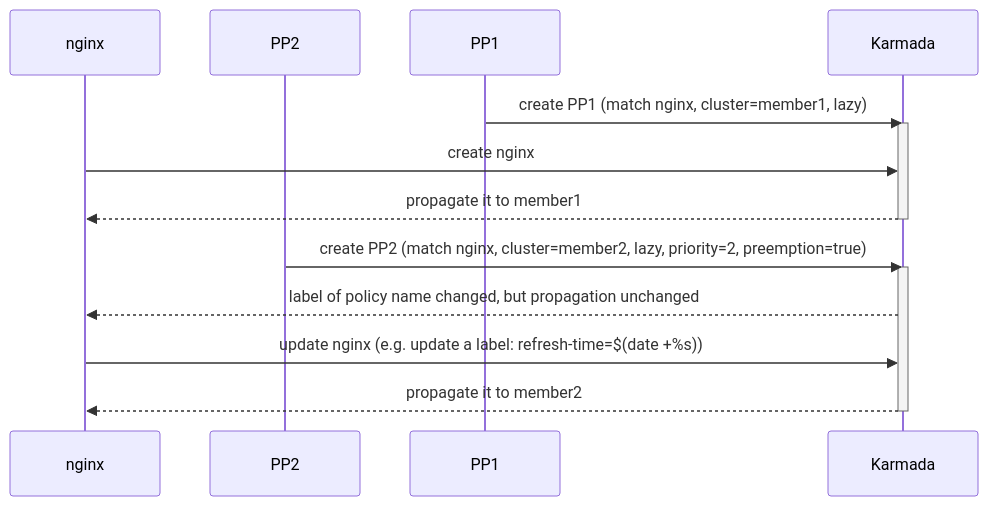
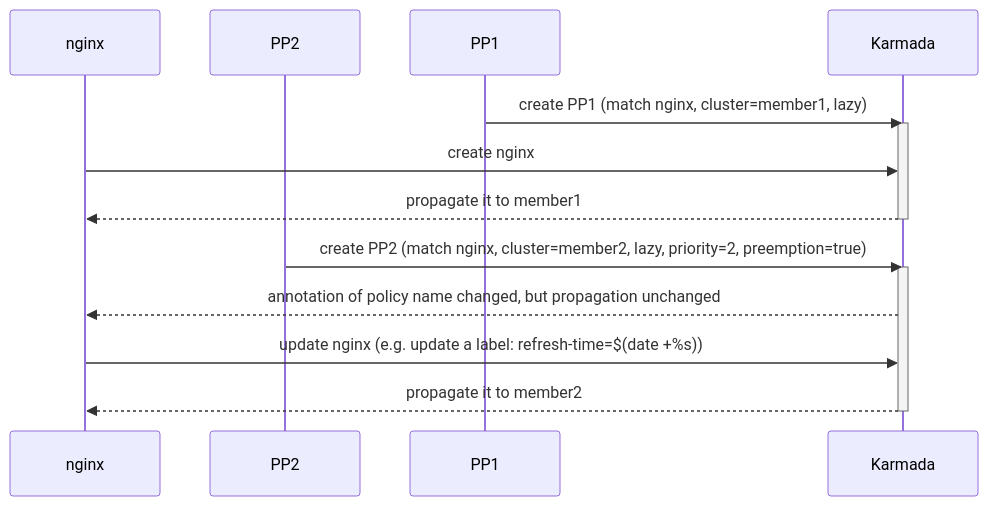
The eighth of 10 diagrams in docs/proposals/scheduling/activation-preference/lazy-activation-preference.md (karmada-io/karmada), drawn with Mermaid before and after one commit. The commit also changed other lines of this file and 1 other file, not shown here.

Commit message:
update lazy-activation-preference.md and lazy_activation_policy_test.go

````diff
--- a/docs/proposals/scheduling/activation-preference/lazy-activation-preference.md
+++ b/docs/proposals/scheduling/activation-preference/lazy-activation-preference.md
@@ -379,20 +379,20 @@
 ```mermaid
 sequenceDiagram
   participant nginx
   participant PP2
   participant PP1
   participant Karmada
 
   PP1 ->> Karmada: create PP1 (match nginx, cluster=member1, lazy)
   activate Karmada
   nginx ->> Karmada: create nginx
   Karmada -->> nginx: propagate it to member1
   deactivate Karmada
    
   PP2 ->> Karmada: create PP2 (match nginx, cluster=member2, lazy, priority=2, preemption=true)
   activate Karmada
-  Karmada -->> nginx: label of policy name changed, but propagation unchanged
+  Karmada -->> nginx: annotation of policy name changed, but propagation unchanged
   nginx ->> Karmada: update nginx (e.g. update a label: refresh-time=$(date +%s))
   Karmada -->> nginx: propagate it to member2
   deactivate Karmada
 ```
````
